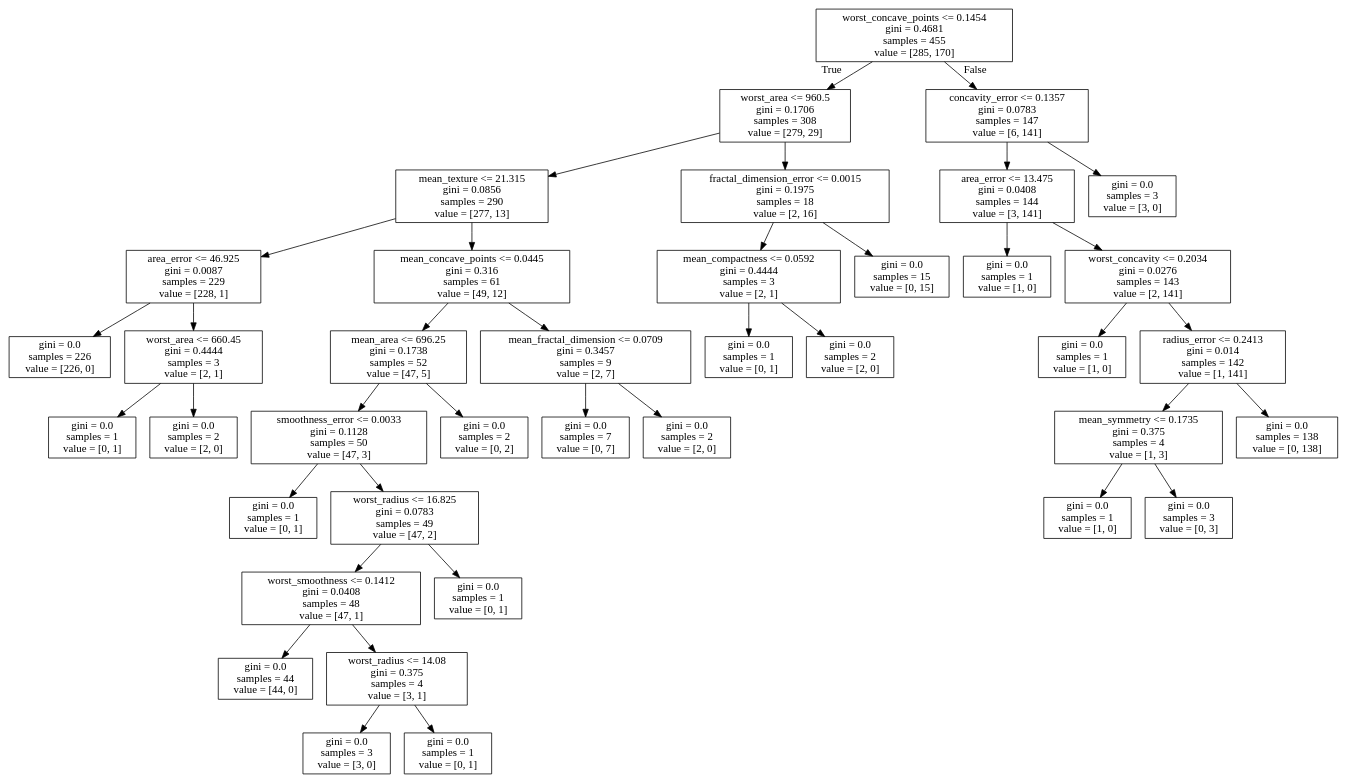
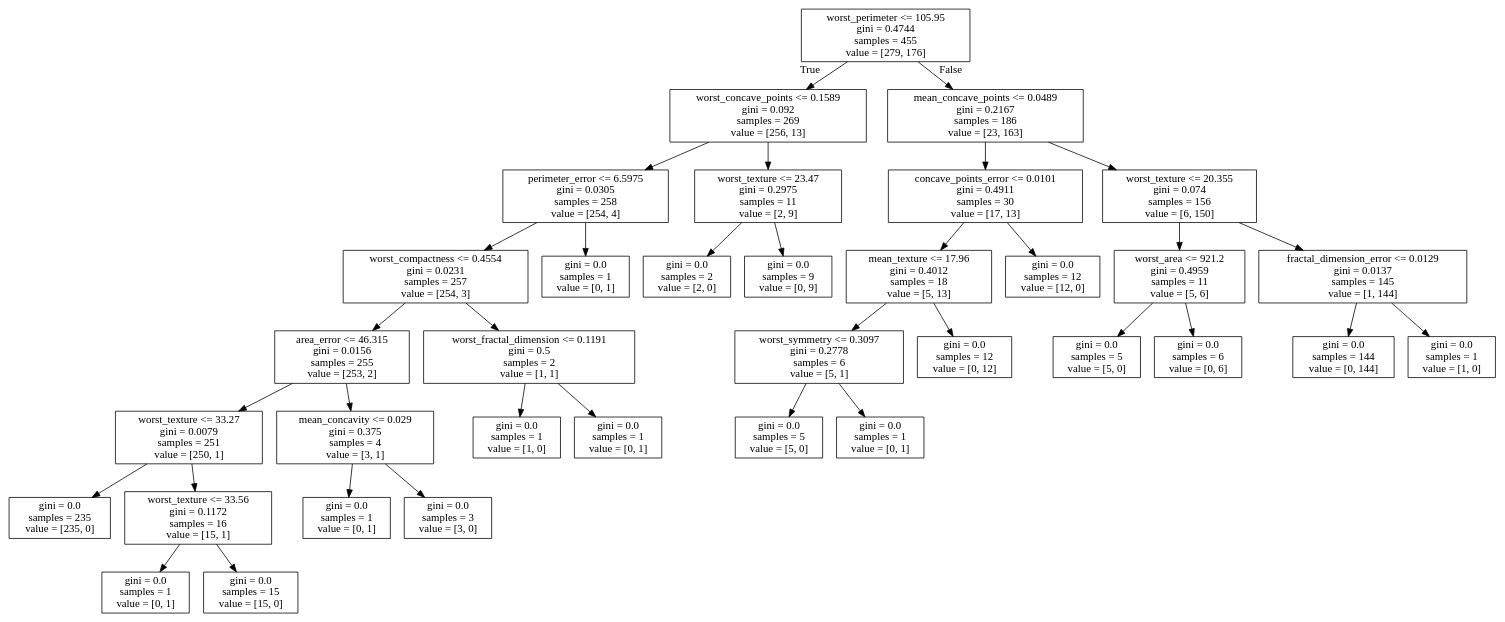
One commit to filga/ML_Sandbox changed the diagram in Breast-Cancer/tree_train.dot. Above: the diagram before and after it, drawn with Graphviz. The commit also changed 3 other files, not shown here.

```diff
--- a/Breast-Cancer/tree_train.dot
+++ b/Breast-Cancer/tree_train.dot
@@ -1,80 +1,72 @@
 digraph Tree {
 node [shape=box] ;
-0 [label="worst_concave_points <= 0.1454\ngini = 0.4681\nsamples = 455\nvalue = [285, 170]"] ;
-1 [label="worst_area <= 960.5\ngini = 0.1706\nsamples = 308\nvalue = [279, 29]"] ;
+0 [label="worst_perimeter <= 105.95\ngini = 0.4744\nsamples = 455\nvalue = [279, 176]"] ;
+1 [label="worst_concave_points <= 0.1589\ngini = 0.092\nsamples = 269\nvalue = [256, 13]"] ;
 0 -> 1 [labeldistance=2.5, labelangle=45, headlabel="True"] ;
-2 [label="mean_texture <= 21.315\ngini = 0.0856\nsamples = 290\nvalue = [277, 13]"] ;
+2 [label="perimeter_error <= 6.5975\ngini = 0.0305\nsamples = 258\nvalue = [254, 4]"] ;
 1 -> 2 ;
-3 [label="area_error <= 46.925\ngini = 0.0087\nsamples = 229\nvalue = [228, 1]"] ;
+3 [label="worst_compactness <= 0.4554\ngini = 0.0231\nsamples = 257\nvalue = [254, 3]"] ;
 2 -> 3 ;
-4 [label="gini = 0.0\nsamples = 226\nvalue = [226, 0]"] ;
+4 [label="area_error <= 46.315\ngini = 0.0156\nsamples = 255\nvalue = [253, 2]"] ;
 3 -> 4 ;
-5 [label="worst_area <= 660.45\ngini = 0.4444\nsamples = 3\nvalue = [2, 1]"] ;
-3 -> 5 ;
-6 [label="gini = 0.0\nsamples = 1\nvalue = [0, 1]"] ;
+5 [label="worst_texture <= 33.27\ngini = 0.0079\nsamples = 251\nvalue = [250, 1]"] ;
+4 -> 5 ;
+6 [label="gini = 0.0\nsamples = 235\nvalue = [235, 0]"] ;
 5 -> 6 ;
-7 [label="gini = 0.0\nsamples = 2\nvalue = [2, 0]"] ;
+7 [label="worst_texture <= 33.56\ngini = 0.1172\nsamples = 16\nvalue = [15, 1]"] ;
 5 -> 7 ;
-8 [label="mean_concave_points <= 0.0445\ngini = 0.316\nsamples = 61\nvalue = [49, 12]"] ;
-2 -> 8 ;
-9 [label="mean_area <= 696.25\ngini = 0.1738\nsamples = 52\nvalue = [47, 5]"] ;
-8 -> 9 ;
-10 [label="smoothness_error <= 0.0033\ngini = 0.1128\nsamples = 50\nvalue = [47, 3]"] ;
-9 -> 10 ;
+8 [label="gini = 0.0\nsamples = 1\nvalue = [0, 1]"] ;
+7 -> 8 ;
+9 [label="gini = 0.0\nsamples = 15\nvalue = [15, 0]"] ;
+7 -> 9 ;
+10 [label="mean_concavity <= 0.029\ngini = 0.375\nsamples = 4\nvalue = [3, 1]"] ;
+4 -> 10 ;
 11 [label="gini = 0.0\nsamples = 1\nvalue = [0, 1]"] ;
 10 -> 11 ;
-12 [label="worst_radius <= 16.825\ngini = 0.0783\nsamples = 49\nvalue = [47, 2]"] ;
+12 [label="gini = 0.0\nsamples = 3\nvalue = [3, 0]"] ;
 10 -> 12 ;
-13 [label="worst_smoothness <= 0.1412\ngini = 0.0408\nsamples = 48\nvalue = [47, 1]"] ;
-12 -> 13 ;
-14 [label="gini = 0.0\nsamples = 44\nvalue = [44, 0]"] ;
+13 [label="worst_fractal_dimension <= 0.1191\ngini = 0.5\nsamples = 2\nvalue = [1, 1]"] ;
+3 -> 13 ;
+14 [label="gini = 0.0\nsamples = 1\nvalue = [1, 0]"] ;
 13 -> 14 ;
-15 [label="worst_radius <= 14.08\ngini = 0.375\nsamples = 4\nvalue = [3, 1]"] ;
+15 [label="gini = 0.0\nsamples = 1\nvalue = [0, 1]"] ;
 13 -> 15 ;
-16 [label="gini = 0.0\nsamples = 3\nvalue = [3, 0]"] ;
-15 -> 16 ;
-17 [label="gini = 0.0\nsamples = 1\nvalue = [0, 1]"] ;
-15 -> 17 ;
-18 [label="gini = 0.0\nsamples = 1\nvalue = [0, 1]"] ;
-12 -> 18 ;
-19 [label="gini = 0.0\nsamples = 2\nvalue = [0, 2]"] ;
-9 -> 19 ;
-20 [label="mean_fractal_dimension <= 0.0709\ngini = 0.3457\nsamples = 9\nvalue = [2, 7]"] ;
-8 -> 20 ;
-21 [label="gini = 0.0\nsamples = 7\nvalue = [0, 7]"] ;
+16 [label="gini = 0.0\nsamples = 1\nvalue = [0, 1]"] ;
+2 -> 16 ;
+17 [label="worst_texture <= 23.47\ngini = 0.2975\nsamples = 11\nvalue = [2, 9]"] ;
+1 -> 17 ;
+18 [label="gini = 0.0\nsamples = 2\nvalue = [2, 0]"] ;
+17 -> 18 ;
+19 [label="gini = 0.0\nsamples = 9\nvalue = [0, 9]"] ;
+17 -> 19 ;
+20 [label="mean_concave_points <= 0.0489\ngini = 0.2167\nsamples = 186\nvalue = [23, 163]"] ;
+0 -> 20 [labeldistance=2.5, labelangle=-45, headlabel="False"] ;
+21 [label="concave_points_error <= 0.0101\ngini = 0.4911\nsamples = 30\nvalue = [17, 13]"] ;
 20 -> 21 ;
-22 [label="gini = 0.0\nsamples = 2\nvalue = [2, 0]"] ;
-20 -> 22 ;
-23 [label="fractal_dimension_error <= 0.0015\ngini = 0.1975\nsamples = 18\nvalue = [2, 16]"] ;
-1 -> 23 ;
-24 [label="mean_compactness <= 0.0592\ngini = 0.4444\nsamples = 3\nvalue = [2, 1]"] ;
+22 [label="mean_texture <= 17.96\ngini = 0.4012\nsamples = 18\nvalue = [5, 13]"] ;
+21 -> 22 ;
+23 [label="worst_symmetry <= 0.3097\ngini = 0.2778\nsamples = 6\nvalue = [5, 1]"] ;
+22 -> 23 ;
+24 [label="gini = 0.0\nsamples = 5\nvalue = [5, 0]"] ;
 23 -> 24 ;
 25 [label="gini = 0.0\nsamples = 1\nvalue = [0, 1]"] ;
-24 -> 25 ;
-26 [label="gini = 0.0\nsamples = 2\nvalue = [2, 0]"] ;
-24 -> 26 ;
-27 [label="gini = 0.0\nsamples = 15\nvalue = [0, 15]"] ;
-23 -> 27 ;
-28 [label="concavity_error <= 0.1357\ngini = 0.0783\nsamples = 147\nvalue = [6, 141]"] ;
-0 -> 28 [labeldistance=2.5, labelangle=-45, headlabel="False"] ;
-29 [label="area_error <= 13.475\ngini = 0.0408\nsamples = 144\nvalue = [3, 141]"] ;
+23 -> 25 ;
+26 [label="gini = 0.0\nsamples = 12\nvalue = [0, 12]"] ;
+22 -> 26 ;
+27 [label="gini = 0.0\nsamples = 12\nvalue = [12, 0]"] ;
+21 -> 27 ;
+28 [label="worst_texture <= 20.355\ngini = 0.074\nsamples = 156\nvalue = [6, 150]"] ;
+20 -> 28 ;
+29 [label="worst_area <= 921.2\ngini = 0.4959\nsamples = 11\nvalue = [5, 6]"] ;
 28 -> 29 ;
-30 [label="gini = 0.0\nsamples = 1\nvalue = [1, 0]"] ;
+30 [label="gini = 0.0\nsamples = 5\nvalue = [5, 0]"] ;
 29 -> 30 ;
-31 [label="worst_concavity <= 0.2034\ngini = 0.0276\nsamples = 143\nvalue = [2, 141]"] ;
+31 [label="gini = 0.0\nsamples = 6\nvalue = [0, 6]"] ;
 29 -> 31 ;
-32 [label="gini = 0.0\nsamples = 1\nvalue = [1, 0]"] ;
-31 -> 32 ;
-33 [label="radius_error <= 0.2413\ngini = 0.014\nsamples = 142\nvalue = [1, 141]"] ;
-31 -> 33 ;
-34 [label="mean_symmetry <= 0.1735\ngini = 0.375\nsamples = 4\nvalue = [1, 3]"] ;
-33 -> 34 ;
-35 [label="gini = 0.0\nsamples = 1\nvalue = [1, 0]"] ;
-34 -> 35 ;
-36 [label="gini = 0.0\nsamples = 3\nvalue = [0, 3]"] ;
-34 -> 36 ;
-37 [label="gini = 0.0\nsamples = 138\nvalue = [0, 138]"] ;
-33 -> 37 ;
-38 [label="gini = 0.0\nsamples = 3\nvalue = [3, 0]"] ;
-28 -> 38 ;
+32 [label="fractal_dimension_error <= 0.0129\ngini = 0.0137\nsamples = 145\nvalue = [1, 144]"] ;
+28 -> 32 ;
+33 [label="gini = 0.0\nsamples = 144\nvalue = [0, 144]"] ;
+32 -> 33 ;
+34 [label="gini = 0.0\nsamples = 1\nvalue = [1, 0]"] ;
+32 -> 34 ;
 }
```
